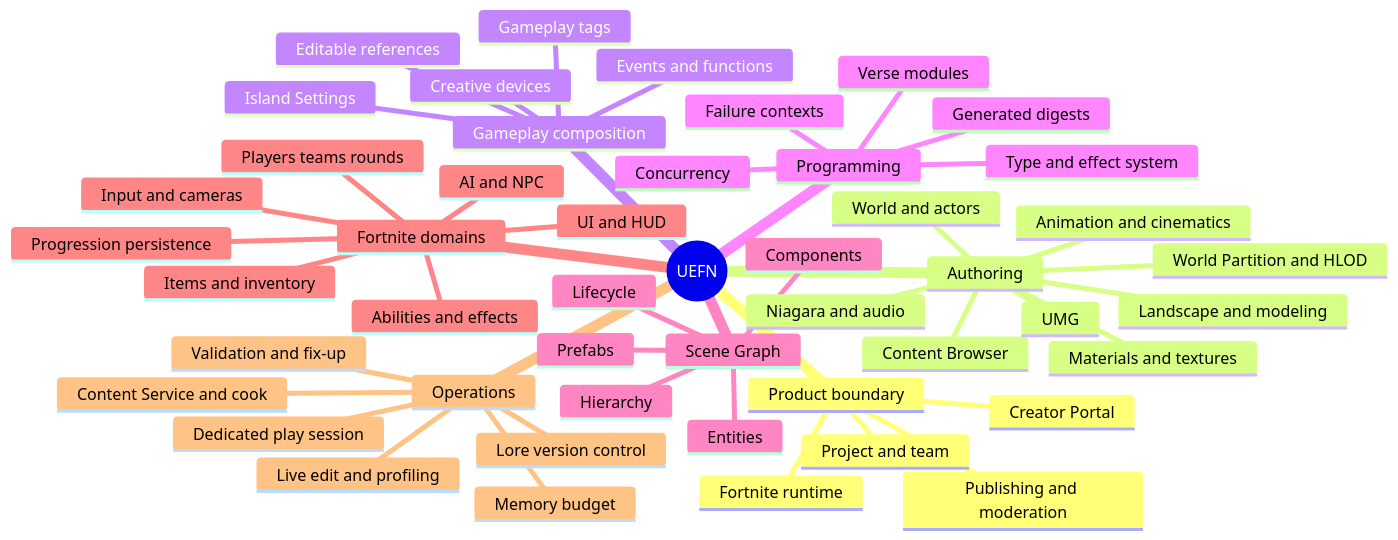
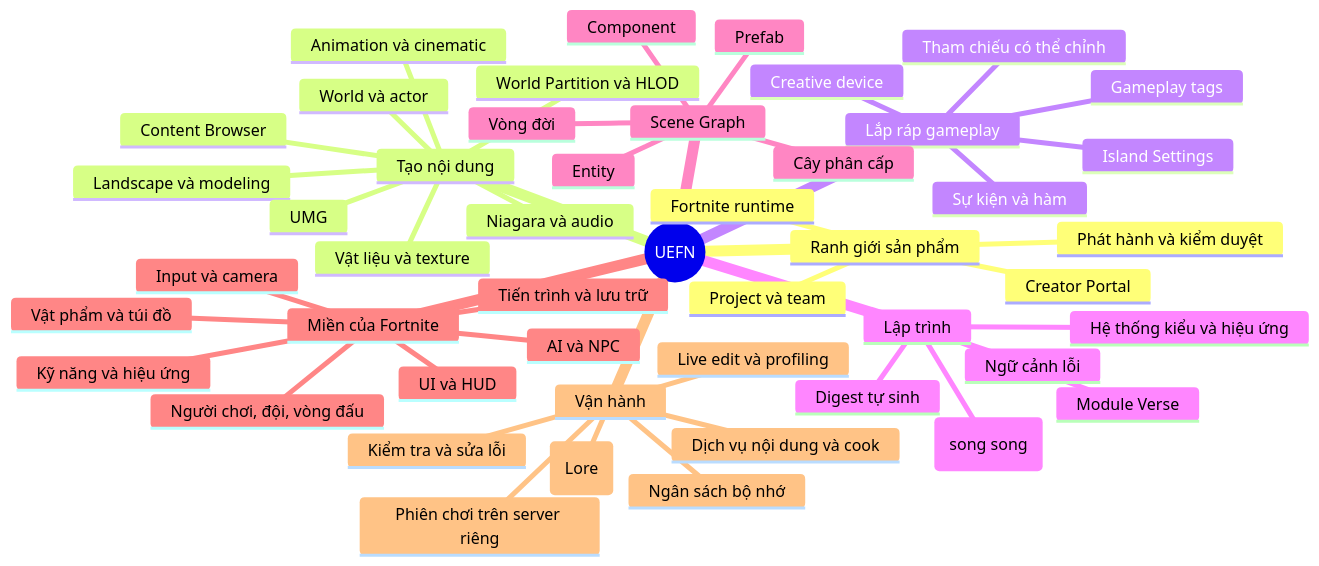
One commit to SlimeVRX/Paldark-Docs changed the first of 8 diagrams in V5/09-uefn-architecture-and-paldarkv5.md. Above: the diagram before and after it, drawn with Mermaid. The commit also changed other lines of this file, not shown here.

Commit message:
docs: simplify UEFN architecture chapter

````diff
--- a/V5/09-uefn-architecture-and-paldarkv5.md
+++ b/V5/09-uefn-architecture-and-paldarkv5.md
@@ -100,51 +86,51 @@
-~~~mermaid
+```mermaid
 mindmap
   root((UEFN))
-    Product boundary
-      Project and team
+    Ranh giới sản phẩm
+      Project và team
       Fortnite runtime
       Creator Portal
-      Publishing and moderation
-    Authoring
+      Phát hành và kiểm duyệt
+    Tạo nội dung
       Content Browser
-      World and actors
-      World Partition and HLOD
-      Landscape and modeling
-      Materials and textures
-      Animation and cinematics
-      Niagara and audio
+      World và actor
+      World Partition và HLOD
+      Landscape và modeling
+      Vật liệu và texture
+      Animation và cinematic
+      Niagara và audio
       UMG
-    Gameplay composition
+    Lắp ráp gameplay
       Island Settings
-      Creative devices
-      Events and functions
-      Editable references
+      Creative device
+      Sự kiện và hàm
+      Tham chiếu có thể chỉnh
       Gameplay tags
-    Programming
-      Verse modules
-      Type and effect system
-      Failure contexts
-      Concurrency
-      Generated digests
+    Lập trình
+      Module Verse
+      Hệ thống kiểu và hiệu ứng
+      Ngữ cảnh lỗi
+      Concurrency (song song)
+      Digest tự sinh
     Scene Graph
-      Entities
-      Components
-      Hierarchy
-      Prefabs
-      Lifecycle
-    Fortnite domains
-      Players teams rounds
-      Input and cameras
-      AI and NPC
-      Items and inventory
-      Abilities and effects
-      UI and HUD
-      Progression persistence
-    Operations
-      Validation and fix-up
-      Content Service and cook
-      Dedicated play session
-      Live edit and profiling
-      Memory budget
-      Lore version control
-~~~
+      Entity
+      Component
+      Cây phân cấp
+      Prefab
+      Vòng đời
+    Miền của Fortnite
+      Người chơi, đội, vòng đấu
+      Input và camera
+      AI và NPC
+      Vật phẩm và túi đồ
+      Kỹ năng và hiệu ứng
+      UI và HUD
+      Tiến trình và lưu trữ
+    Vận hành
+      Kiểm tra và sửa lỗi
+      Dịch vụ nội dung và cook
+      Phiên chơi trên server riêng
+      Live edit và profiling
+      Ngân sách bộ nhớ
+      Quản lý phiên bản (Lore)
+```
````
